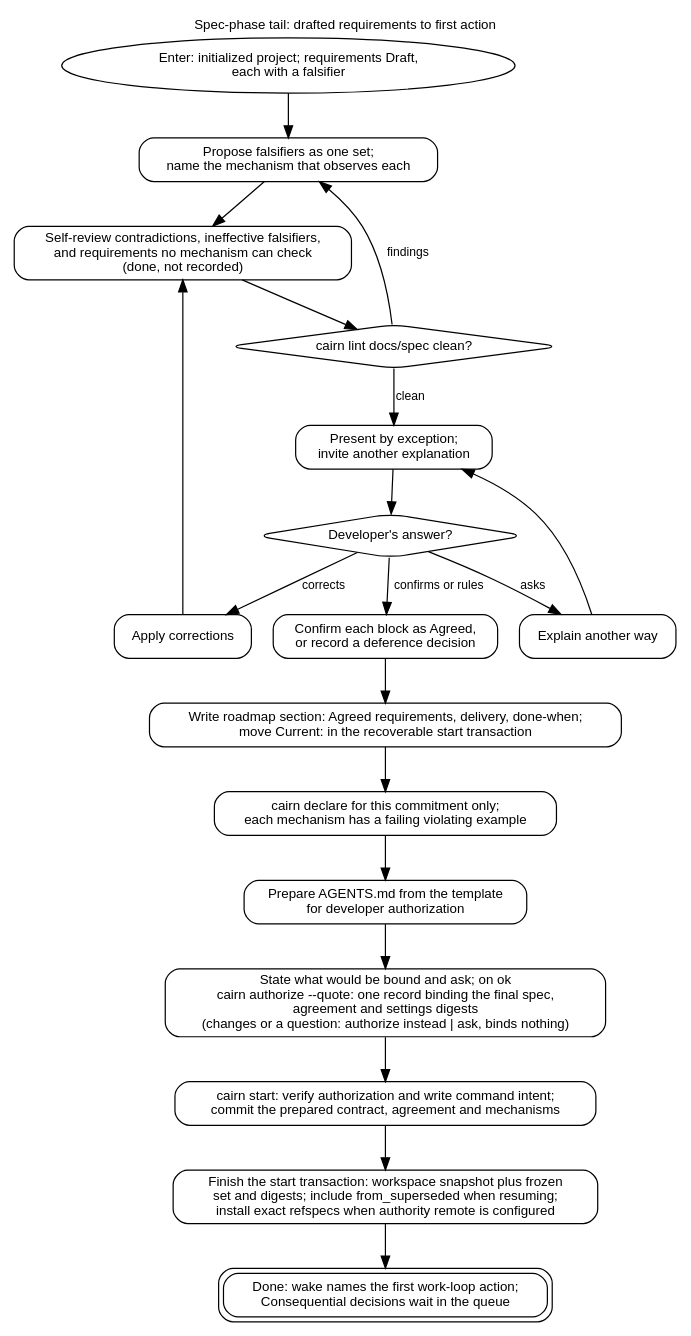
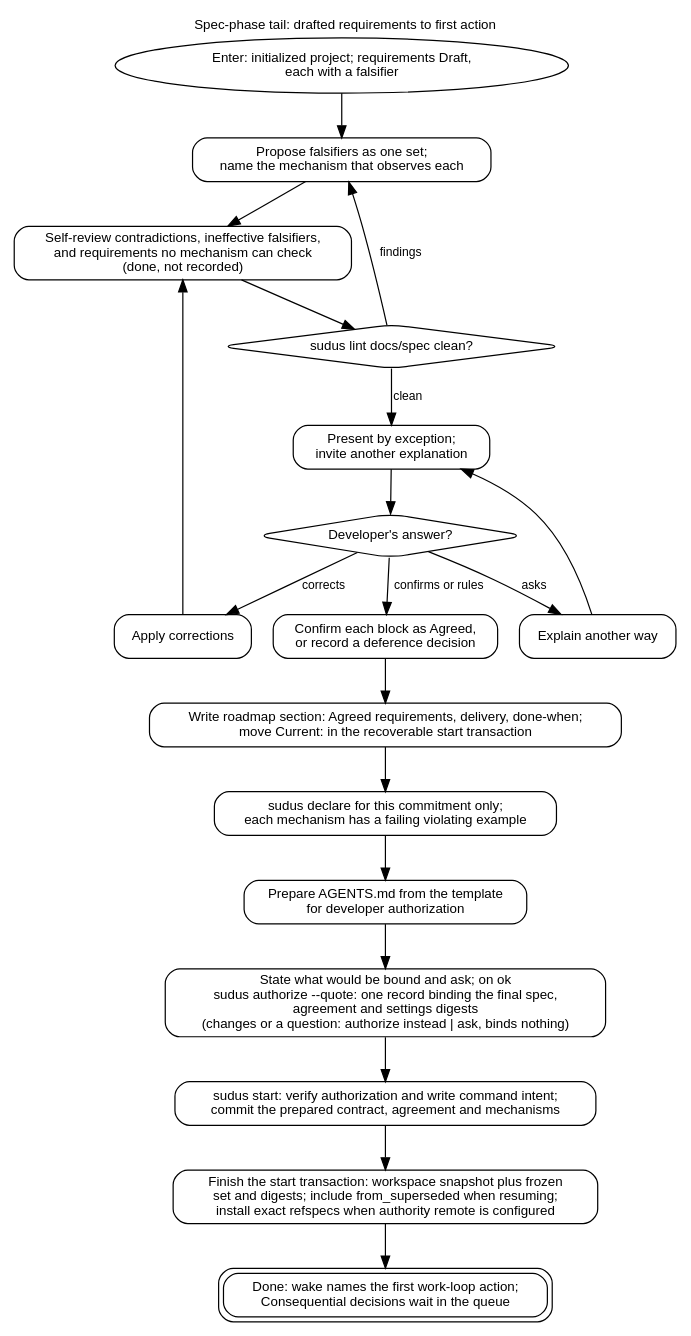
One commit to eas4ai/cairn changed the diagram in docs/diagrams/spec-phase.dot. Above: the diagram before and after it, drawn with Graphviz. The commit also changed 103 other files, not shown here.

First line of the commit message:
Rename Cairn to Sudus across the command, plugins, skills, spec, docs and tests

```diff
--- a/docs/diagrams/spec-phase.dot
+++ b/docs/diagrams/spec-phase.dot
@@ -1,35 +1,35 @@
 // Shared tail for new-project, existing-project and next-feature.
 digraph spec_phase {
   rankdir=TB;
   graph [fontname="Helvetica", fontsize=11, labelloc=t, label="Spec-phase tail: drafted requirements to first action"];
   node  [shape=box, style=rounded, fontname="Helvetica", fontsize=11];
   edge  [fontname="Helvetica", fontsize=10];
 
   start [shape=oval, label="Enter: initialized project; requirements Draft,\neach with a falsifier"];
   falsifiers [label="Propose falsifiers as one set;\nname the mechanism that observes each"];
   review [label="Self-review contradictions, ineffective falsifiers,\nand requirements no mechanism can check\n(done, not recorded)"];
-  lint [shape=diamond, label="cairn lint docs/spec clean?"];
+  lint [shape=diamond, label="sudus lint docs/spec clean?"];
   present [label="Present by exception;\ninvite another explanation"];
   outcome [shape=diamond, label="Developer's answer?"];
   explain [label="Explain another way"];
   correct [label="Apply corrections"];
   agreed [label="Confirm each block as Agreed,\nor record a deference decision"];
   commitment [label="Write roadmap section: Agreed requirements, delivery, done-when;\nmove Current: in the recoverable start transaction"];
-  declare [label="cairn declare for this commitment only;\neach mechanism has a failing violating example"];
+  declare [label="sudus declare for this commitment only;\neach mechanism has a failing violating example"];
   agreement [label="Prepare AGENTS.md from the template\nfor developer authorization"];
-  authorize [label="State what would be bound and ask; on ok\ncairn authorize --quote: one record binding the final spec,\nagreement and settings digests\n(changes or a question: authorize instead | ask, binds nothing)"];
-  startintent [label="cairn start: verify authorization and write command intent;\ncommit the prepared contract, agreement and mechanisms"];
+  authorize [label="State what would be bound and ask; on ok\nsudus authorize --quote: one record binding the final spec,\nagreement and settings digests\n(changes or a question: authorize instead | ask, binds nothing)"];
+  startintent [label="sudus start: verify authorization and write command intent;\ncommit the prepared contract, agreement and mechanisms"];
   startrec [label="Finish the start transaction: workspace snapshot plus frozen\nset and digests; include from_superseded when resuming;\ninstall exact refspecs when authority remote is configured"];
   done [shape=box, peripheries=2, label="Done: wake names the first work-loop action;\nConsequential decisions wait in the queue"];
 
   start -> falsifiers -> review -> lint;
   lint -> falsifiers [label="findings"];
   lint -> present [label="clean"];
   present -> outcome;
   outcome -> explain [label="asks"];
   explain -> present;
   outcome -> correct [label="corrects"];
   correct -> review;
   outcome -> agreed [label="confirms or rules"];
   agreed -> commitment -> declare -> agreement -> authorize -> startintent -> startrec -> done;
 }
```
